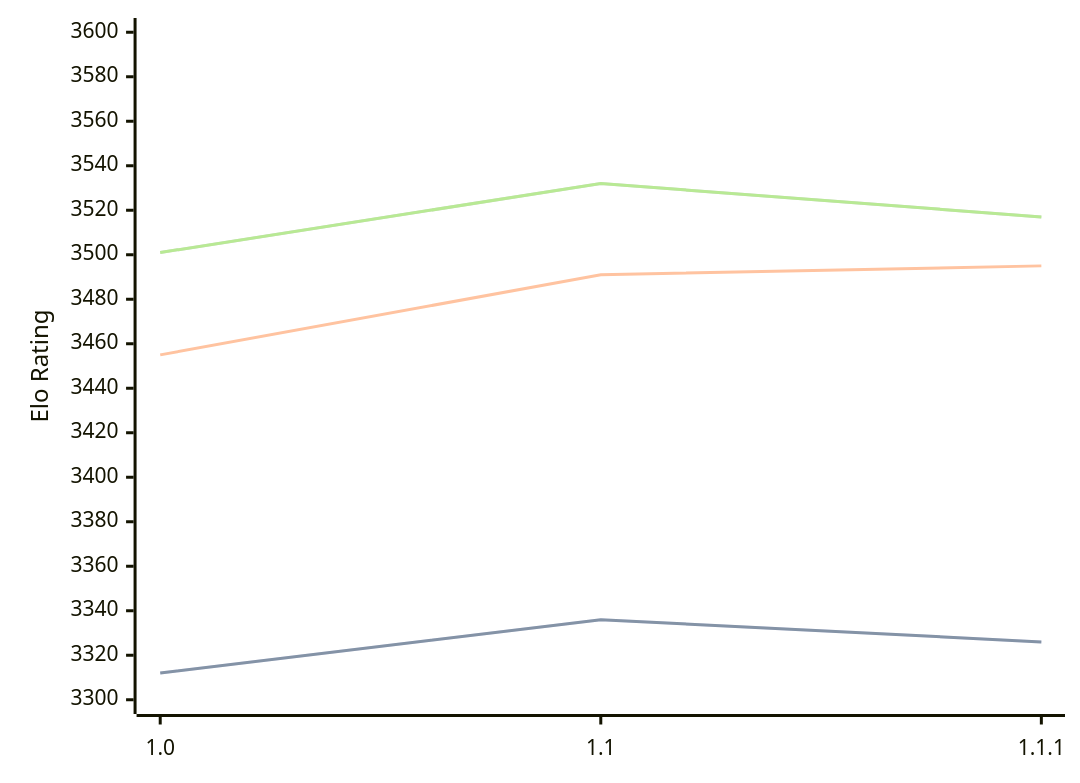
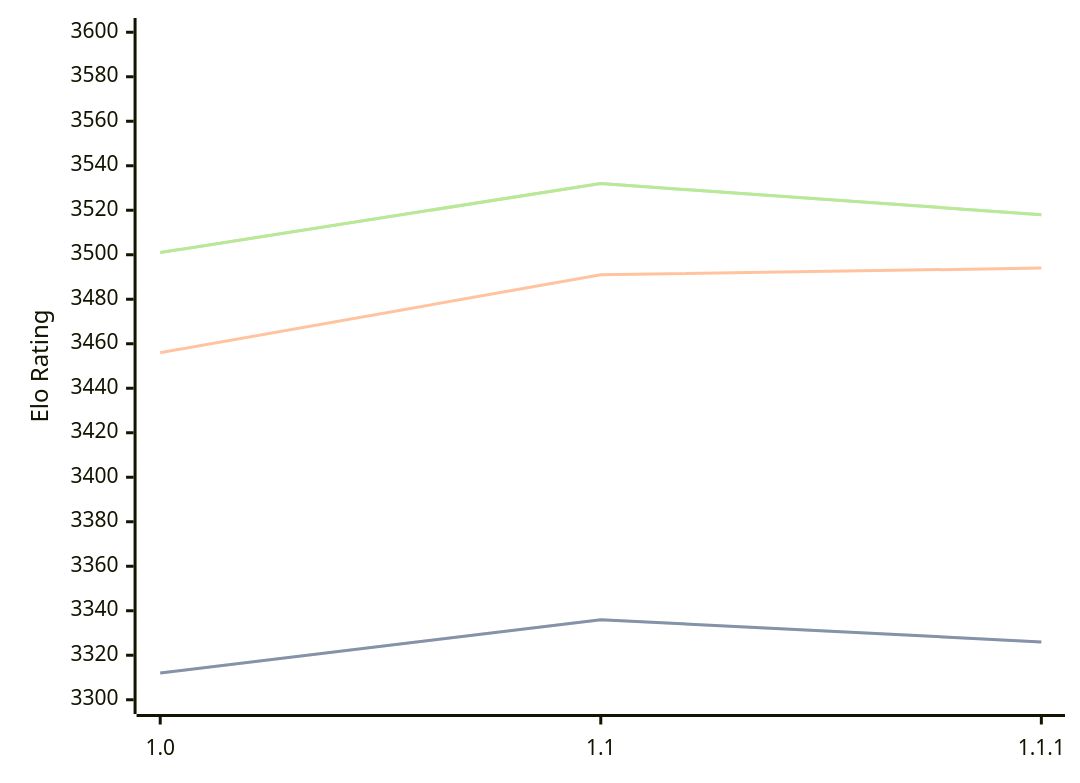
Before and after one commit to computer-chess-index/cci: the diagram in engines/Icarus.md, drawn with Mermaid. The commit also changed other lines of this file, not shown here.

Commit message:
Update CCI Ratings (ELO VLTC) - 2026-08-25

````diff
--- a/engines/Icarus.md
+++ b/engines/Icarus.md
@@ -33,11 +33,11 @@
 ```mermaid
 %%{init: {"theme":"base","themeVariables":{"seriesColors:['#a3a3a3','#222221','#faa371']}}}%%
 xychart-beta
   x-axis ["1.0", "1.1", "1.1.1"]
   y-axis "Elo Rating" 3300 --> 3600
   line "STC (8.0+0.08s)" [3312, 3336, 3326]
   line "STC (8.0+0.08s)" [3312, 3336, 3326]
-  line "LTC (60.0+0.60s)" [3455, 3491, 3495]
-  line "VLTC (2m24s+1.12s)" [3501, 3532, 3517]
-  line "VLTC (2m24s+1.12s)" [3501, 3532, 3517]
+  line "LTC (60.0+0.60s)" [3456, 3491, 3494]
+  line "VLTC (2m24s+1.12s)" [3501, 3532, 3518]
+  line "VLTC (2m24s+1.12s)" [3501, 3532, 3518]
 ```
````
